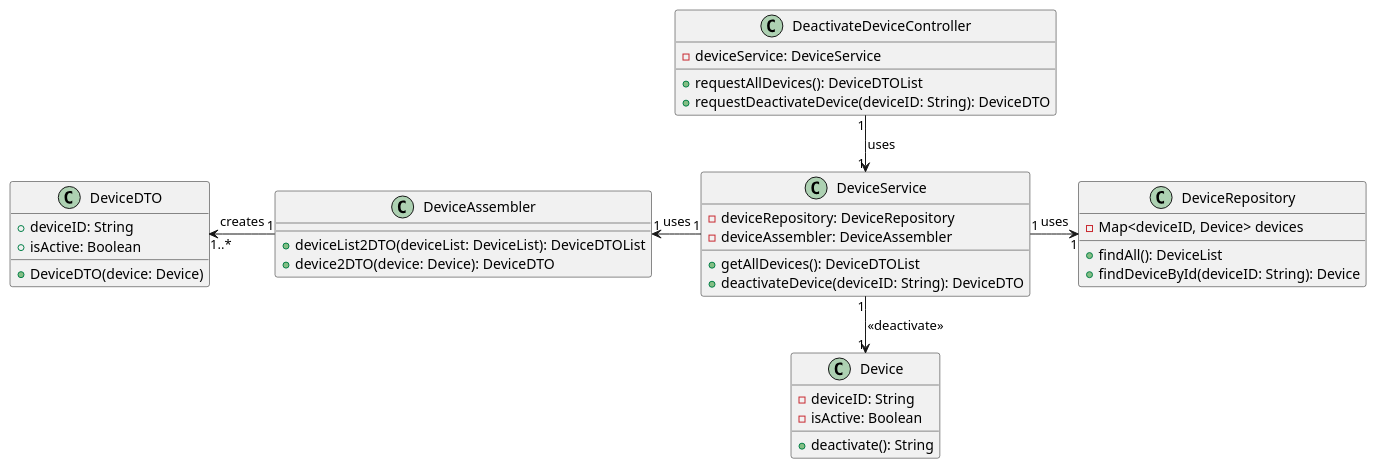
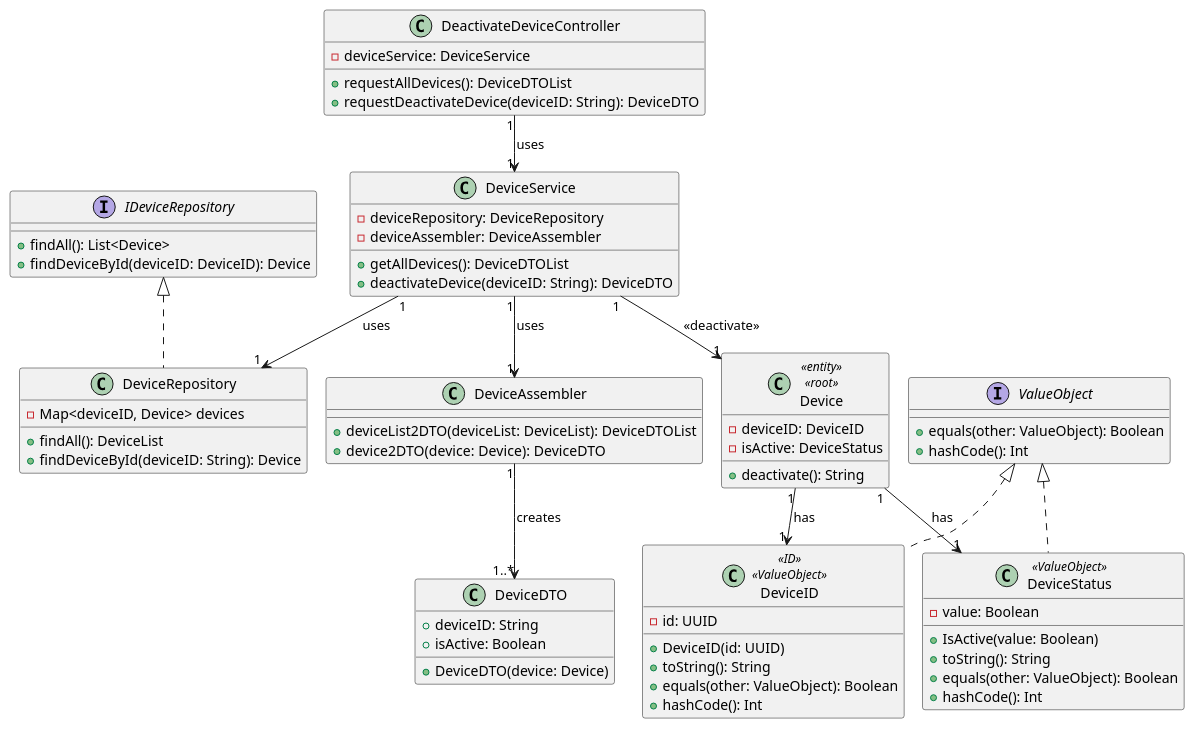
One commit to olivDiogo/SmartHome changed the diagram in docs/ood/classDiagram/US08DeactivateDevice.puml. Above: the diagram before and after it, drawn with PlantUML.

Commit message:
Update US08 CD with Device as as an entity, included valueObjects and Repository interface, addresses #105

```diff
--- a/docs/ood/classDiagram/US08DeactivateDevice.puml
+++ b/docs/ood/classDiagram/US08DeactivateDevice.puml
@@ -1,49 +1,78 @@
 @startuml
 'https://plantuml.com/class-diagram
 
 !pragma layout smetana
 !pragma scale 100 width
+!pragma useVerticalIfPossible
 
 class DeactivateDeviceController {
     -deviceService: DeviceService
     +requestAllDevices(): DeviceDTOList
     +requestDeactivateDevice(deviceID: String): DeviceDTO
 }
 
 class DeviceService {
     -deviceRepository: DeviceRepository
     -deviceAssembler: DeviceAssembler
     +getAllDevices(): DeviceDTOList
     +deactivateDevice(deviceID: String): DeviceDTO
 }
 
-class DeviceRepository {
+class DeviceRepository implements IDeviceRepository {
     -Map<deviceID, Device> devices
     +findAll(): DeviceList
     +findDeviceById(deviceID: String): Device
+}
+
+interface IDeviceRepository {
+    +findAll(): List<Device>
+    +findDeviceById(deviceID: DeviceID): Device
 }
 
 class DeviceAssembler {
     +deviceList2DTO(deviceList: DeviceList): DeviceDTOList
     +device2DTO(device: Device): DeviceDTO
 }
 
+
 class DeviceDTO {
     +deviceID: String
     +isActive: Boolean
     +DeviceDTO(device: Device)
 }
 
-class Device {
-    -deviceID: String
-    -isActive: Boolean
+class Device<<entity>><<root>> {
+    -deviceID: DeviceID
+    -isActive: DeviceStatus
     +deactivate(): String
 }
 
-DeactivateDeviceController "1" -down-> "1" DeviceService: uses >
-DeviceService "1" -right-> "1" DeviceRepository: uses >
-DeviceService "1" -left-> "1" DeviceAssembler: uses >
-DeviceAssembler "1" -left-> "1..*" DeviceDTO: creates >
-DeviceService "1" -down-> "1" Device: <<deactivate>>
+class DeviceStatus<<ValueObject>> implements ValueObject{
+    -value: Boolean
+    +IsActive(value: Boolean)
+    +toString(): String
+    +equals(other: ValueObject): Boolean
+    +hashCode(): Int
+}
 
+class DeviceID<<ID>><<ValueObject>> implements ValueObject{
+    -id: UUID
+    +DeviceID(id: UUID)
+    +toString(): String
+    +equals(other: ValueObject): Boolean
+    +hashCode(): Int
+}
+
+interface ValueObject {
+    +equals(other: ValueObject): Boolean
+    +hashCode(): Int
+}
+
+DeactivateDeviceController "1" --> "1" DeviceService: uses >
+DeviceService "1" --> "1" DeviceRepository: uses >
+DeviceService "1" --> "1" DeviceAssembler: uses >
+DeviceAssembler "1" --> "1..*" DeviceDTO: creates >
+DeviceService "1" --> "1" Device: <<deactivate>>
+Device "1" --> "1" DeviceID: has >
+Device "1" --> "1" DeviceStatus: has >
 @enduml
```
